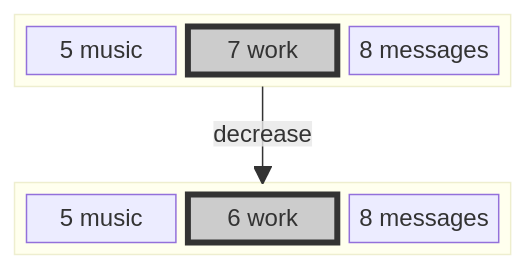
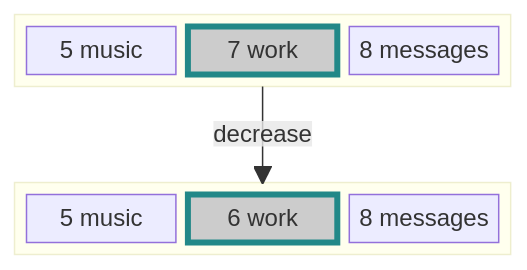
Before and after one commit to berezowski/swaymsg_workspace: the seventh of 10 diagrams in README.md, drawn with Mermaid. The commit also changed other lines of this file, not shown here.

````diff
--- a/README.md
+++ b/README.md
@@ -204,19 +204,19 @@
 ```mermaid
 block-beta
   columns 3
   block:a:3
     A["5 music"]
     B["7 work"]
     C["8 messages"]
   end
   space:3
   block:b:3
     D["5 music"]
     E["6 work"]
     F["8 messages"]
   end
   a -- "decrease"--> b
-  style B fill:#ccc,stroke:#333,stroke-width:4px
-  style E fill:#ccc,stroke:#333,stroke-width:4px
+  style B fill:#ccc,stroke:#288,stroke-width:4px,color:#000
+  style E fill:#ccc,stroke:#288,stroke-width:4px,color:#000
 
 ```
````
